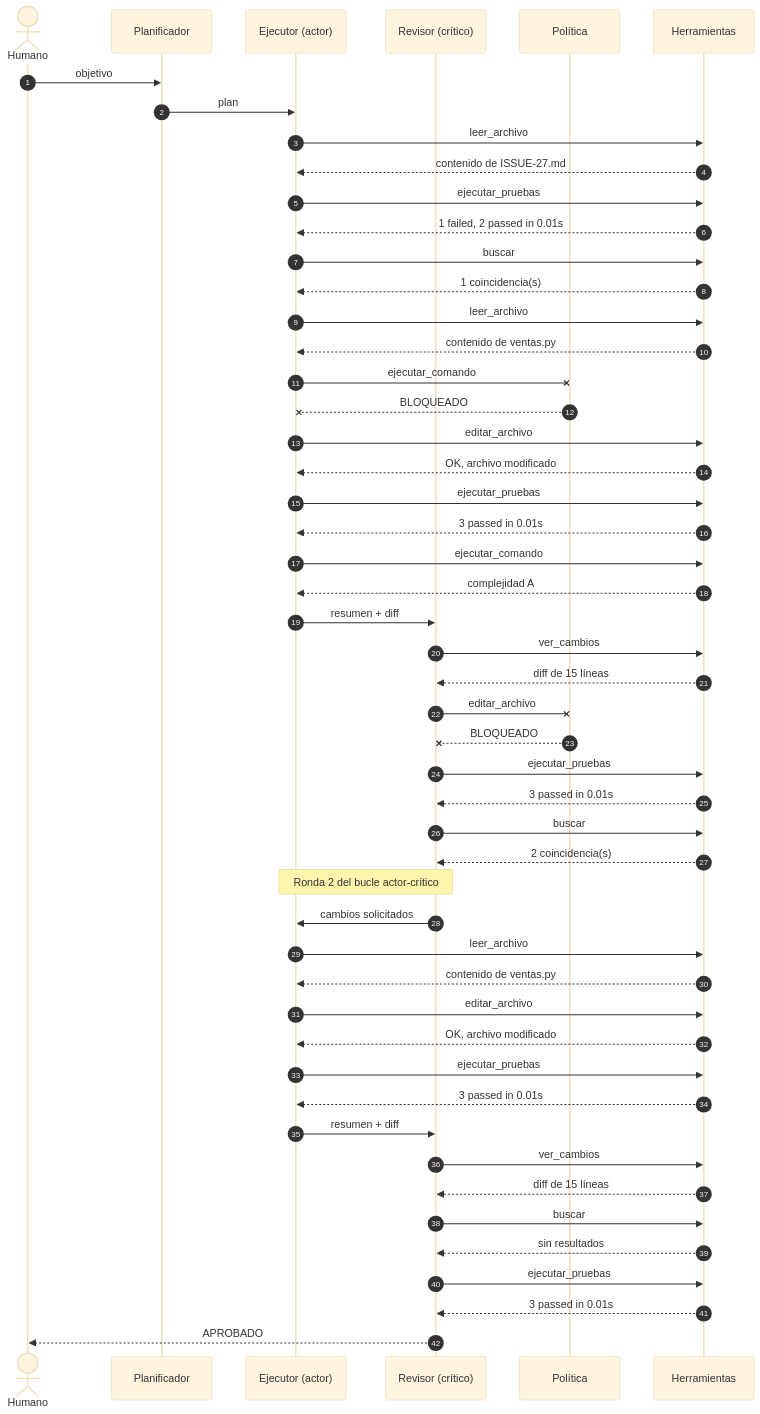
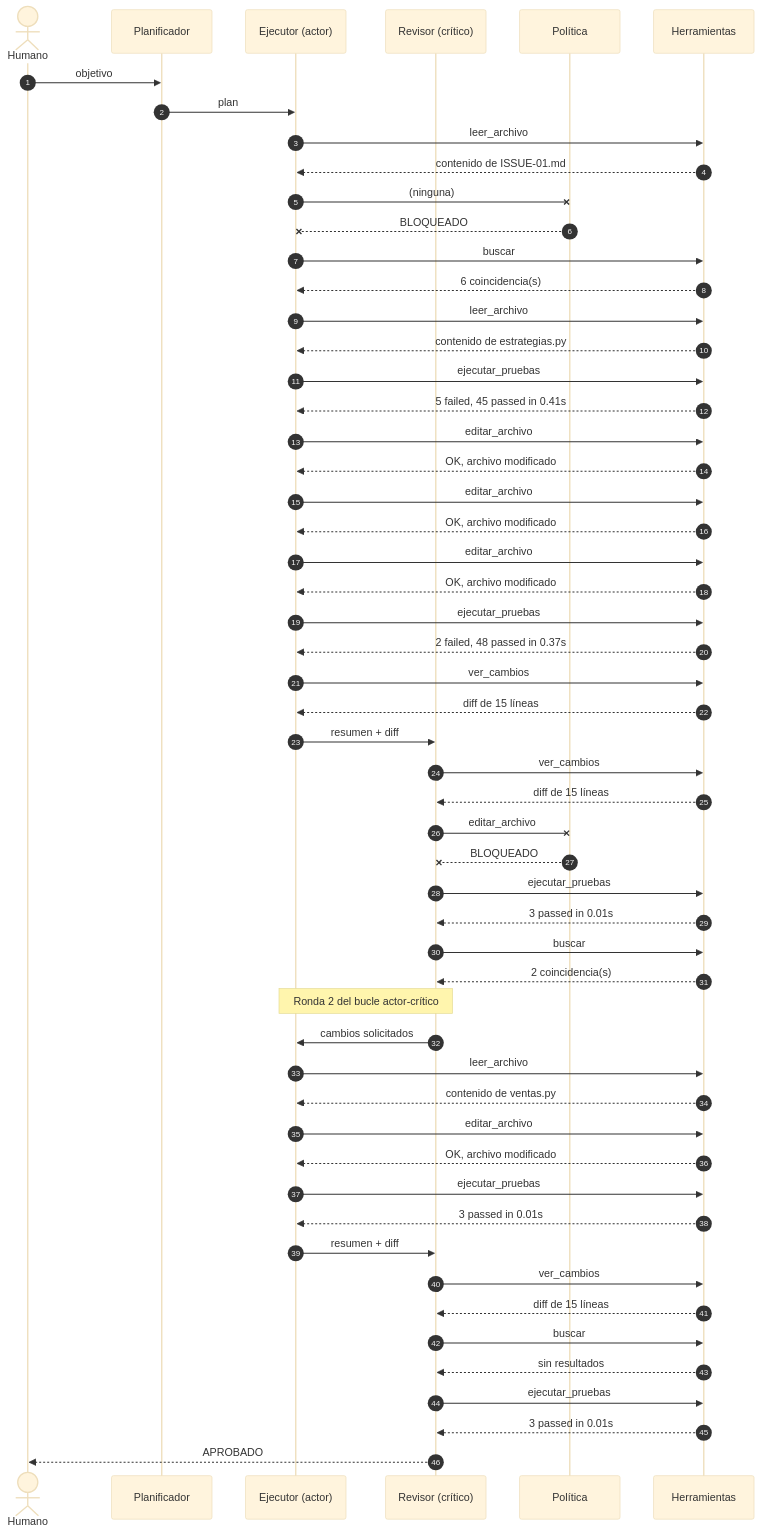
The diagram in agentes/trazas/trayectoria.mmd (AndersonLinoArceValencia/cs-2026b-lab04-grupo06), drawn with Mermaid (base theme) before and after one commit. The commit also changed 36 other files, not shown here.

```diff
--- a/agentes/trazas/trayectoria.mmd
+++ b/agentes/trazas/trayectoria.mmd
@@ -1,51 +1,55 @@
 sequenceDiagram
     autonumber
     actor U as Humano
     participant PL as Planificador
     participant EJ as Ejecutor (actor)
     participant RV as Revisor (crítico)
     participant P as Política
     participant H as Herramientas
     U->>PL: objetivo
     PL->>EJ: plan
     EJ->>H: leer_archivo
-    H-->>EJ: contenido de ISSUE-27.md
+    H-->>EJ: contenido de ISSUE-01.md
+    EJ-xP: (ninguna)
+    P--xEJ: BLOQUEADO
+    EJ->>H: buscar
+    H-->>EJ: 6 coincidencia(s)
+    EJ->>H: leer_archivo
+    H-->>EJ: contenido de estrategias.py
     EJ->>H: ejecutar_pruebas
-    H-->>EJ: 1 failed, 2 passed in 0.01s
-    EJ->>H: buscar
-    H-->>EJ: 1 coincidencia(s)
-    EJ->>H: leer_archivo
-    H-->>EJ: contenido de ventas.py
-    EJ-xP: ejecutar_comando
-    P--xEJ: BLOQUEADO
+    H-->>EJ: 5 failed, 45 passed in 0.41s
+    EJ->>H: editar_archivo
+    H-->>EJ: OK, archivo modificado
+    EJ->>H: editar_archivo
+    H-->>EJ: OK, archivo modificado
     EJ->>H: editar_archivo
     H-->>EJ: OK, archivo modificado
     EJ->>H: ejecutar_pruebas
-    H-->>EJ: 3 passed in 0.01s
-    EJ->>H: ejecutar_comando
-    H-->>EJ: complejidad A
+    H-->>EJ: 2 failed, 48 passed in 0.37s
+    EJ->>H: ver_cambios
+    H-->>EJ: diff de 15 líneas
     EJ->>RV: resumen + diff
     RV->>H: ver_cambios
     H-->>RV: diff de 15 líneas
     RV-xP: editar_archivo
     P--xRV: BLOQUEADO
     RV->>H: ejecutar_pruebas
     H-->>RV: 3 passed in 0.01s
     RV->>H: buscar
     H-->>RV: 2 coincidencia(s)
     Note over EJ,RV: Ronda 2 del bucle actor-crítico
     RV->>EJ: cambios solicitados
     EJ->>H: leer_archivo
     H-->>EJ: contenido de ventas.py
     EJ->>H: editar_archivo
     H-->>EJ: OK, archivo modificado
     EJ->>H: ejecutar_pruebas
     H-->>EJ: 3 passed in 0.01s
     EJ->>RV: resumen + diff
     RV->>H: ver_cambios
     H-->>RV: diff de 15 líneas
     RV->>H: buscar
     H-->>RV: sin resultados
     RV->>H: ejecutar_pruebas
     H-->>RV: 3 passed in 0.01s
     RV-->>U: APROBADO
```
